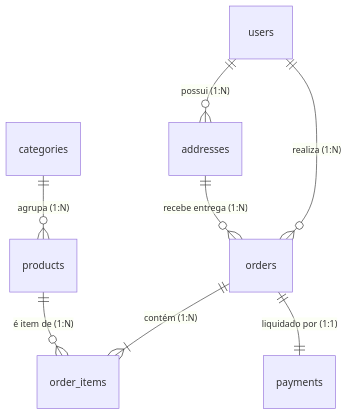
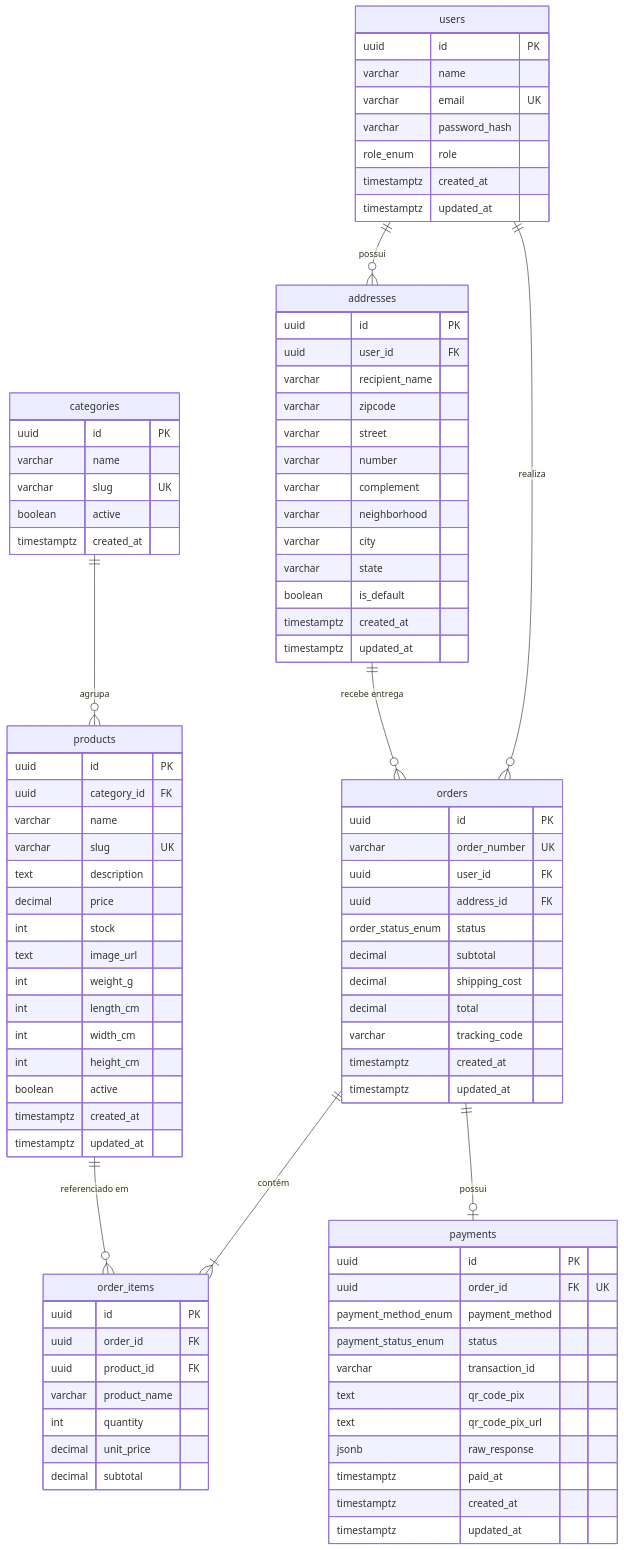
One commit to BernMaximo/E-commerce changed the third of 3 diagrams in README.md. Above: the diagram before and after it, drawn with Mermaid. The commit also changed other lines of this file and 38 other files, not shown here.

````diff
--- a/README.md
+++ b/README.md
@@ -46,10 +229,100 @@
 ```mermaid
 erDiagram
-    users ||--o{ addresses : "possui (1:N)"
-    users ||--o{ orders : "realiza (1:N)"
-    categories ||--o{ products : "agrupa (1:N)"
-    orders ||--|{ order_items : "contém (1:N)"
-    products ||--o{ order_items : "é item de (1:N)"
-    orders ||--|| payments : "liquidado por (1:1)"
-    addresses ||--o{ orders : "recebe entrega (1:N)"
+    users ||--o{ addresses : "possui"
+    users ||--o{ orders : "realiza"
+    addresses ||--o{ orders : "recebe entrega"
+    categories ||--o{ products : "agrupa"
+    orders ||--|{ order_items : "contém"
+    products ||--o{ order_items : "referenciado em"
+    orders ||--o| payments : "possui"
+
+    users {
+        uuid id PK
+        varchar name
+        varchar email UK
+        varchar password_hash
+        role_enum role
+        timestamptz created_at
+        timestamptz updated_at
+    }
+
+    addresses {
+        uuid id PK
+        uuid user_id FK
+        varchar recipient_name
+        varchar zipcode
+        varchar street
+        varchar number
+        varchar complement
+        varchar neighborhood
+        varchar city
+        varchar state
+        boolean is_default
+        timestamptz created_at
+        timestamptz updated_at
+    }
+
+    categories {
+        uuid id PK
+        varchar name
+        varchar slug UK
+        boolean active
+        timestamptz created_at
+    }
+
+    products {
+        uuid id PK
+        uuid category_id FK
+        varchar name
+        varchar slug UK
+        text description
+        decimal price
+        int stock
+        text image_url
+        int weight_g
+        int length_cm
+        int width_cm
+        int height_cm
+        boolean active
+        timestamptz created_at
+        timestamptz updated_at
+    }
+
+    orders {
+        uuid id PK
+        varchar order_number UK
+        uuid user_id FK
+        uuid address_id FK
+        order_status_enum status
+        decimal subtotal
+        decimal shipping_cost
+        decimal total
+        varchar tracking_code
+        timestamptz created_at
+        timestamptz updated_at
+    }
+
+    order_items {
+        uuid id PK
+        uuid order_id FK
+        uuid product_id FK
+        varchar product_name
+        int quantity
+        decimal unit_price
+        decimal subtotal
+    }
+
+    payments {
+        uuid id PK
+        uuid order_id FK "UK"
+        payment_method_enum payment_method
+        payment_status_enum status
+        varchar transaction_id
+        text qr_code_pix
+        text qr_code_pix_url
+        jsonb raw_response
+        timestamptz paid_at
+        timestamptz created_at
+        timestamptz updated_at
+    }
 ```
````
